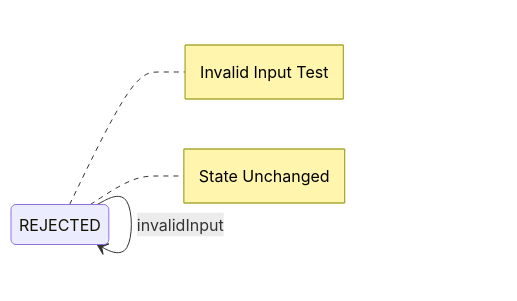
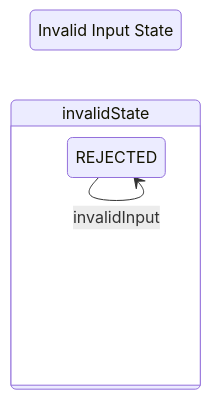
Before and after one commit to Consensys-Network-State/signet-execution-prototype: the fifth of 5 diagrams in lua-actor/src/dfsm-with-tx.md, drawn with Mermaid. The commit also changed other lines of this file, not shown here.

````diff
--- a/lua-actor/src/dfsm-with-tx.md
+++ b/lua-actor/src/dfsm-with-tx.md
@@ -74,8 +105,12 @@
 ```mermaid
 stateDiagram-v2
     direction LR
+    
+    state "Invalid Input State" as invalidState #LightGreen
+    
     REJECTED --> REJECTED: invalidInput
     
-    note right of REJECTED: Invalid Input Test
-    note right of REJECTED: State Unchanged
+    state invalidState {
+        REJECTED
+    }
 ```
````
